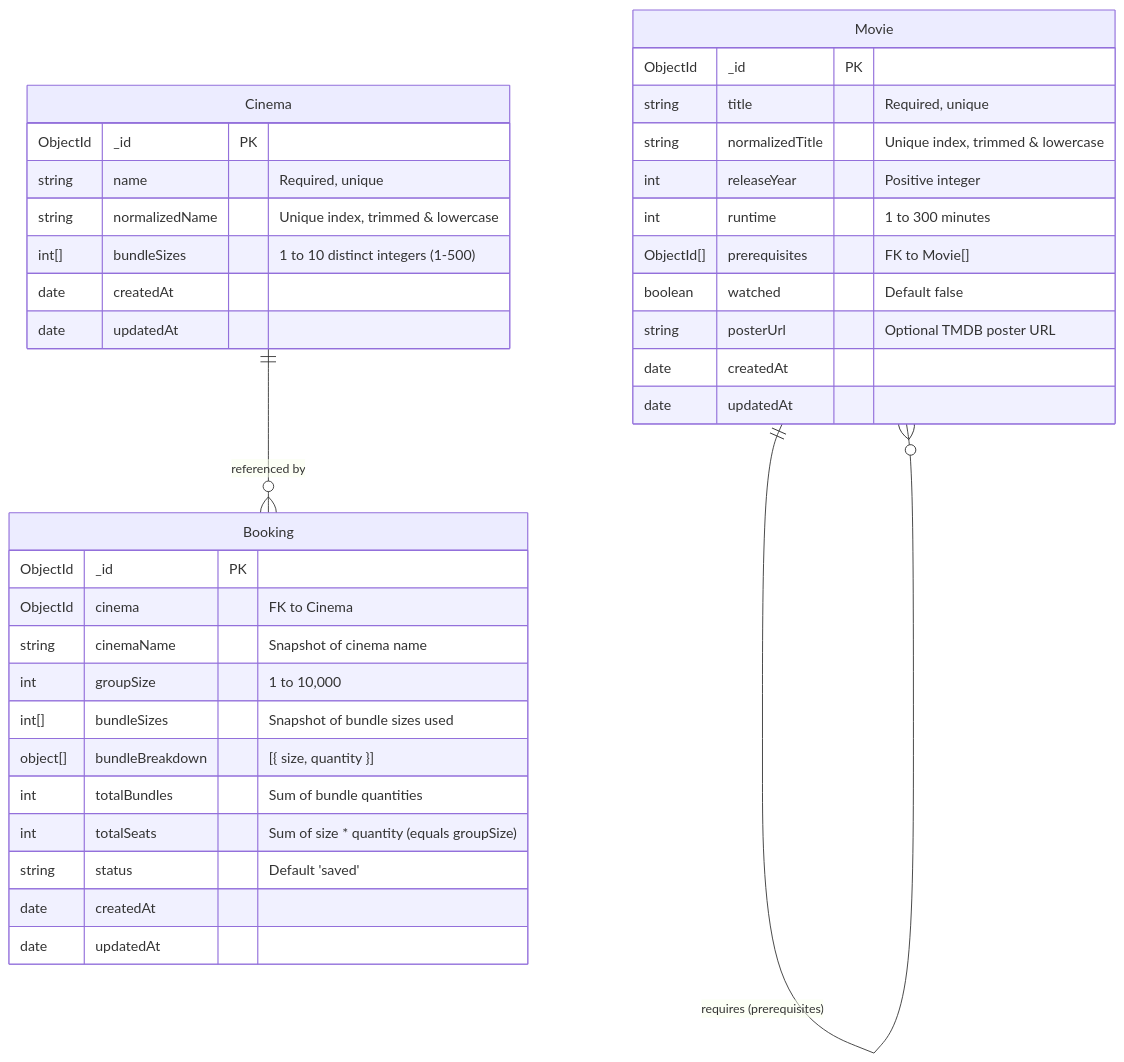
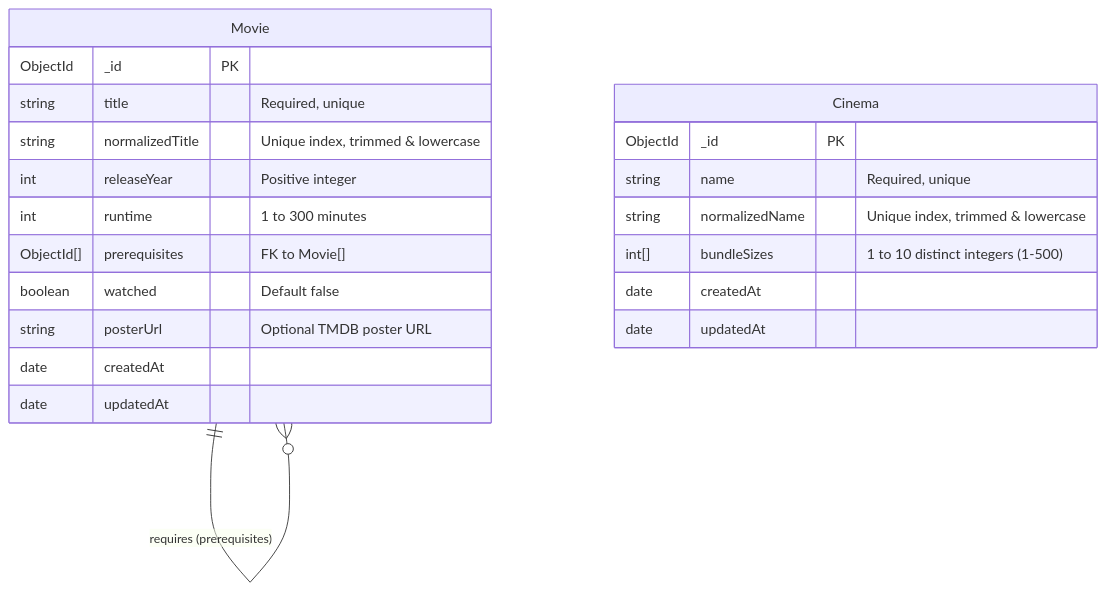
The diagram in README.md (mostafarakib/doomsday-ready), drawn with Mermaid before and after one commit. The commit also changed other lines of this file and 15 other files, not shown here.

````diff
--- a/README.md
+++ b/README.md
@@ -111,41 +111,26 @@
 ```mermaid
 erDiagram
     Movie {
         ObjectId _id PK
         string title "Required, unique"
         string normalizedTitle "Unique index, trimmed & lowercase"
         int releaseYear "Positive integer"
         int runtime "1 to 300 minutes"
         ObjectId[] prerequisites "FK to Movie[]"
         boolean watched "Default false"
         string posterUrl "Optional TMDB poster URL"
         date createdAt
         date updatedAt
     }
 
     Cinema {
         ObjectId _id PK
         string name "Required, unique"
         string normalizedName "Unique index, trimmed & lowercase"
         int[] bundleSizes "1 to 10 distinct integers (1-500)"
         date createdAt
         date updatedAt
     }
 
-    Booking {
-        ObjectId _id PK
-        ObjectId cinema "FK to Cinema"
-        string cinemaName "Snapshot of cinema name"
-        int groupSize "1 to 10,000"
-        int[] bundleSizes "Snapshot of bundle sizes used"
-        object[] bundleBreakdown "[{ size, quantity }]"
-        int totalBundles "Sum of bundle quantities"
-        int totalSeats "Sum of size * quantity (equals groupSize)"
-        string status "Default 'saved'"
-        date createdAt
-        date updatedAt
-    }
-
     Movie ||--o{ Movie : "requires (prerequisites)"
-    Cinema ||--o{ Booking : "referenced by"
 ```
````
